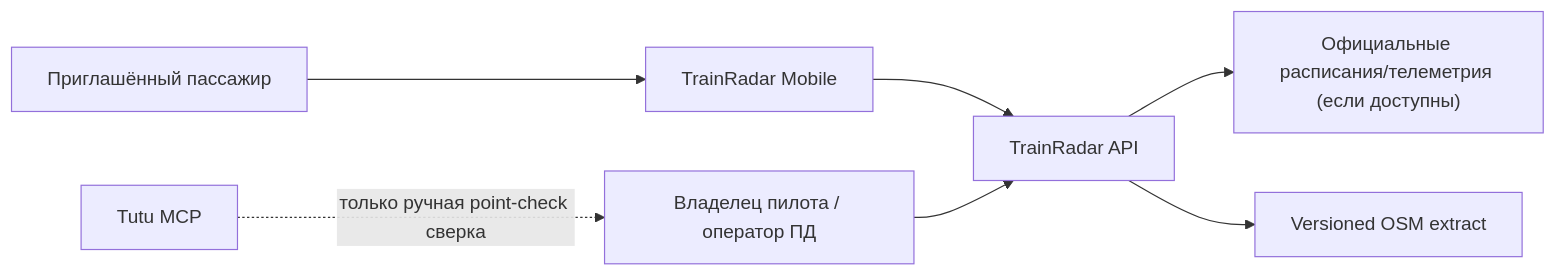
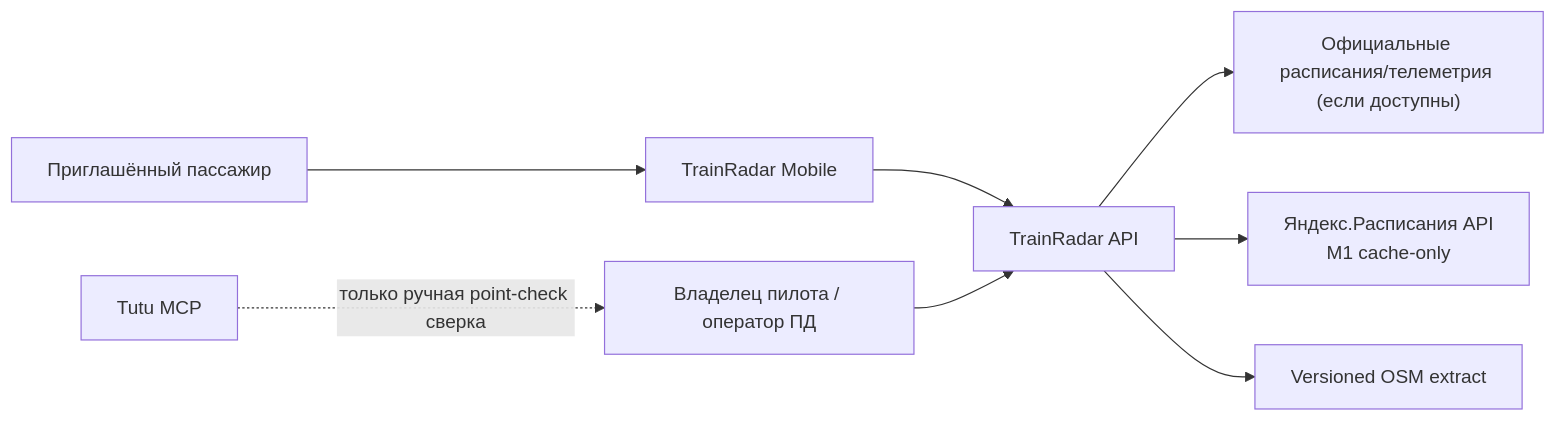
The first of 4 diagrams in docs/ARCHITECTURE.md (filatelist-hitech/TrainRadar), drawn with Mermaid before and after one commit. The commit also changed other lines of this file and 24 other files, not shown here.

Commit message:
feat(m1): add yandex cache-only schedule contract

````diff
--- a/docs/ARCHITECTURE.md
+++ b/docs/ARCHITECTURE.md
@@ -11,9 +11,10 @@
 ```mermaid
 flowchart LR
     Rider["Приглашённый пассажир"] --> Mobile["TrainRadar Mobile"]
     Mobile --> API["TrainRadar API"]
     API --> Carrier["Официальные расписания/телеметрия (если доступны)"]
+    API --> Yandex["Яндекс.Расписания API\nM1 cache-only"]
     API --> OSM["Versioned OSM extract"]
     Owner["Владелец пилота / оператор ПД"] --> API
     Tutu["Tutu MCP"] -. "только ручная point-check сверка" .-> Owner
 ```
````
